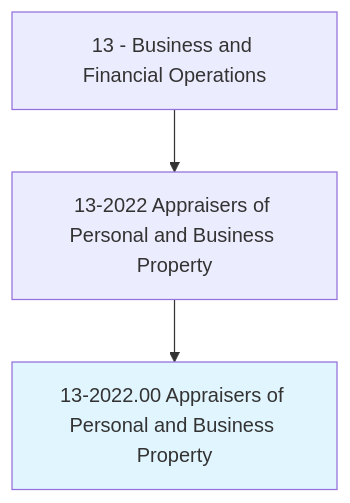
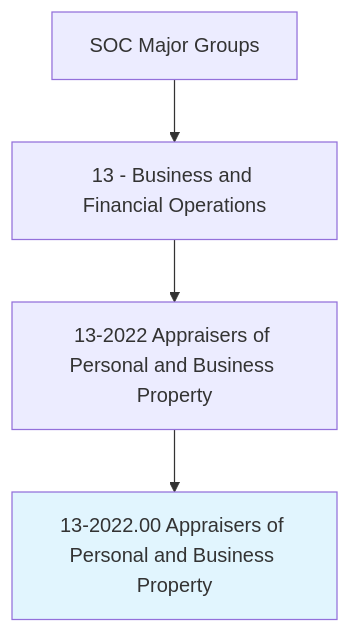
Before and after one commit to kziemski/business.org.ai: the first of 4 diagrams in occupations/Business/AppraisersOfPersonalAndBusinessProperty.mdx, drawn with Mermaid. The commit also changed other lines of this file and 938 other files, not shown here.

````diff
--- a/occupations/Business/AppraisersOfPersonalAndBusinessProperty.mdx
+++ b/occupations/Business/AppraisersOfPersonalAndBusinessProperty.mdx
@@ -19,6 +25,7 @@
 ```mermaid
 graph TD
-    Cat13["13 - Business and Financial Operations"] --> Group132022["13-2022 Appraisers of Personal and Business Property"]
-    Group132022 --> Current["13-2022.00 Appraisers of Personal and Business Property"]
+    SOC["SOC Major Groups"] --> Cat13["13 - Business and Financial Operations"]
+    Cat13 --> G132022["13-2022 Appraisers of Personal and Business Property"]
+    G132022 --> Current["13-2022.00 Appraisers of Personal and Business Property"]
     style Current fill:#e1f5fe
 ```
````
